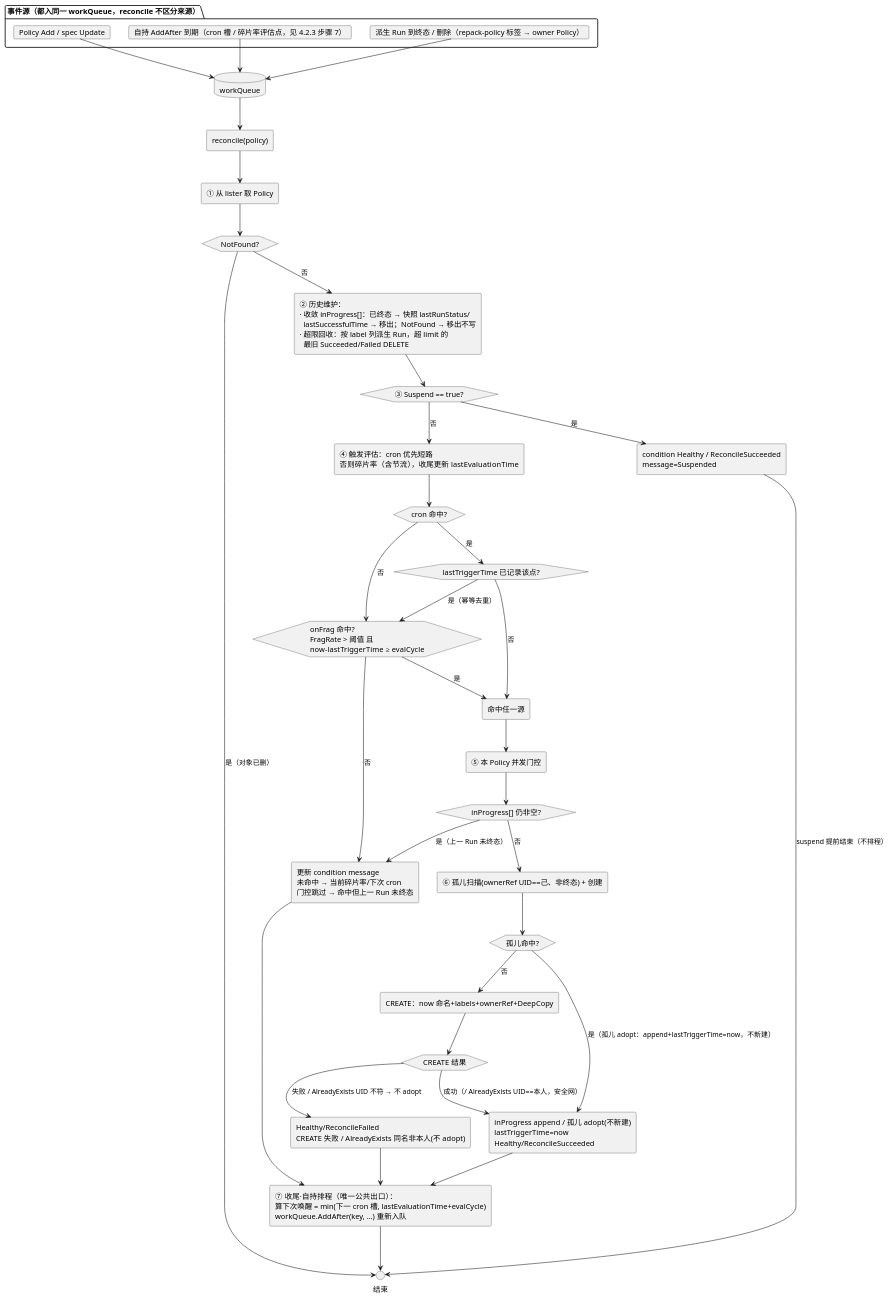
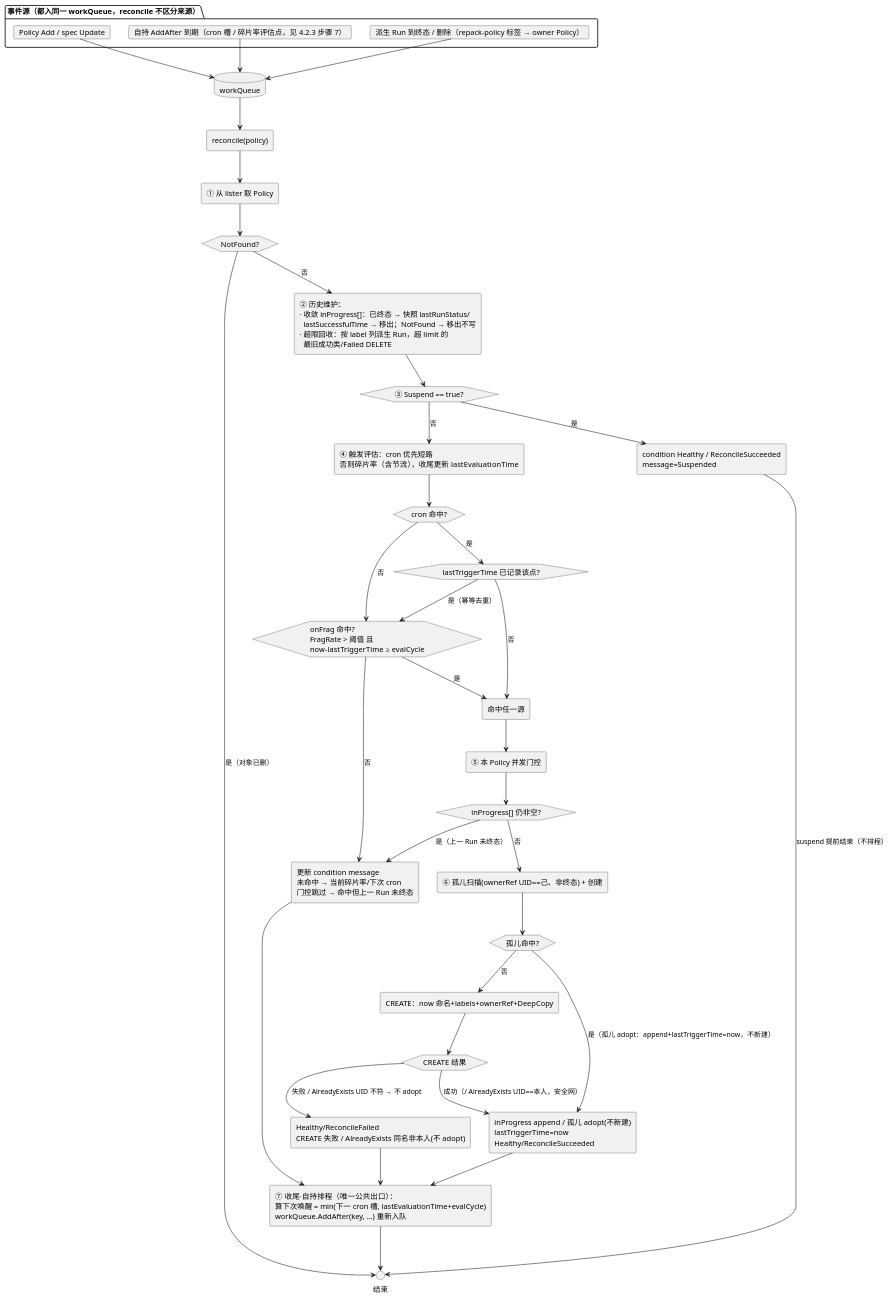
The diagram in docs/design/repack-repackpolicy-design.md (Tau721/volcano), drawn with PlantUML before and after one commit. The commit also changed other lines of this file and 25 other files, not shown here.

```diff
--- a/docs/design/repack-repackpolicy-design.md
+++ b/docs/design/repack-repackpolicy-design.md
@@ -380,7 +381,7 @@
 hexagon "NotFound?" as NF
 circle "结束" as RET
 
-rectangle "② 历史维护：\n· 收敛 inProgress[]：已终态 → 快照 lastRunStatus/\n  lastSuccessfulTime → 移出；NotFound → 移出不写\n· 超限回收：按 label 列派生 Run，超 limit 的\n  最旧 Succeeded/Failed DELETE" as S2
+rectangle "② 历史维护：\n· 收敛 inProgress[]：已终态 → 快照 lastRunStatus/\n  lastSuccessfulTime → 移出；NotFound → 移出不写\n· 超限回收：按 label 列派生 Run，超 limit 的\n  最旧成功类/Failed DELETE" as S2
 
 hexagon "③ Suspend == true?" as S3
 rectangle "condition Healthy / ReconcileSucceeded\nmessage=Suspended" as CONDS
```
